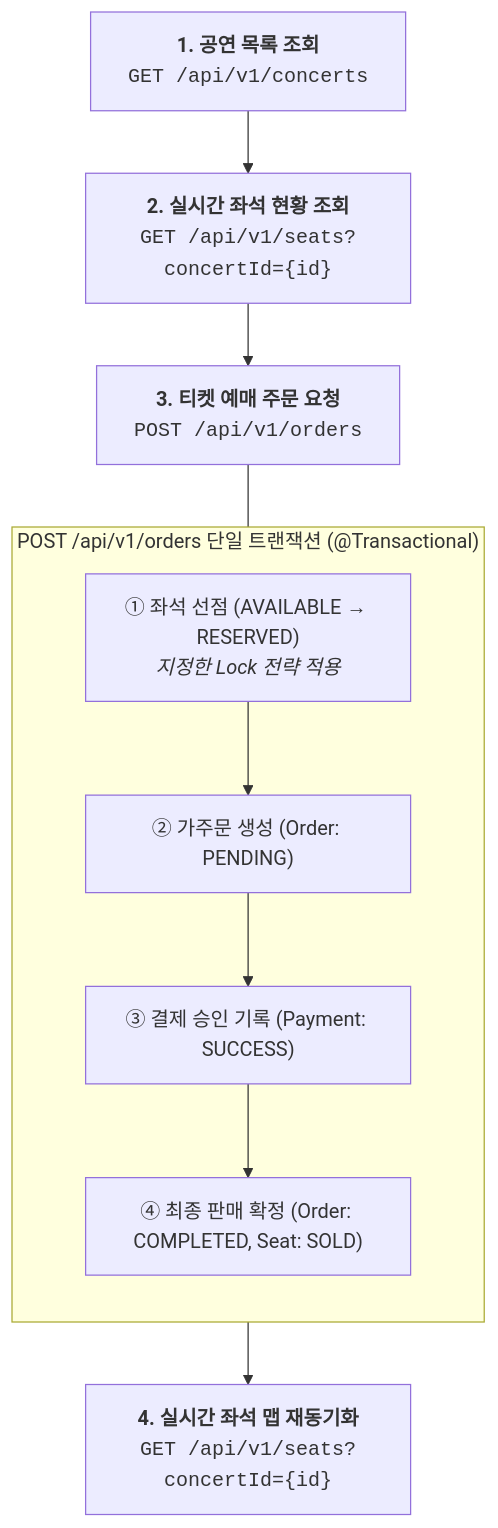
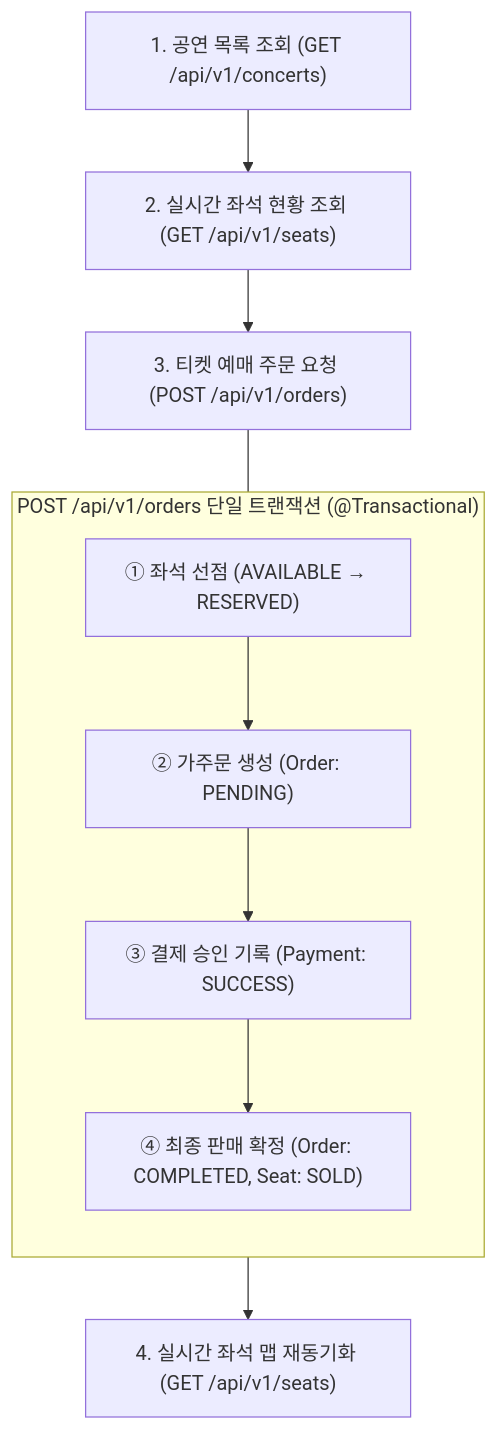
The first of 4 diagrams in README.md (kikimansong/ticket-stream-v1), drawn with Mermaid before and after one commit. The commit also changed other lines of this file and 1 other file, not shown here.

````diff
--- a/README.md
+++ b/README.md
@@ -142,17 +142,17 @@
 ```mermaid
 flowchart TD
-    Step1["<b>1. 공연 목록 조회</b><br/><code>GET /api/v1/concerts</code>"]
-    --> Step2["<b>2. 실시간 좌석 현황 조회</b><br/><code>GET /api/v1/seats?concertId={id}</code>"]
-    --> Step3["<b>3. 티켓 예매 주문 요청</b><br/><code>POST /api/v1/orders</code>"]
+    Step1["1. 공연 목록 조회 (GET /api/v1/concerts)"]
+    --> Step2["2. 실시간 좌석 현황 조회 (GET /api/v1/seats)"]
+    --> Step3["3. 티켓 예매 주문 요청 (POST /api/v1/orders)"]
 
     subgraph CoreTx ["POST /api/v1/orders 단일 트랜잭션 (@Transactional)"]
         direction TB
-        C1["① 좌석 선점 (AVAILABLE → RESERVED)<br/><i>지정한 Lock 전략 적용</i>"]
+        C1["① 좌석 선점 (AVAILABLE → RESERVED)"]
         --> C2["② 가주문 생성 (Order: PENDING)"]
         --> C3["③ 결제 승인 기록 (Payment: SUCCESS)"]
         --> C4["④ 최종 판매 확정 (Order: COMPLETED, Seat: SOLD)"]
     end
 
     Step3 --- CoreTx
-    CoreTx --> Step4["<b>4. 실시간 좌석 맵 재동기화</b><br/><code>GET /api/v1/seats?concertId={id}</code>"]
+    CoreTx --> Step4["4. 실시간 좌석 맵 재동기화 (GET /api/v1/seats)"]
 ```
````
